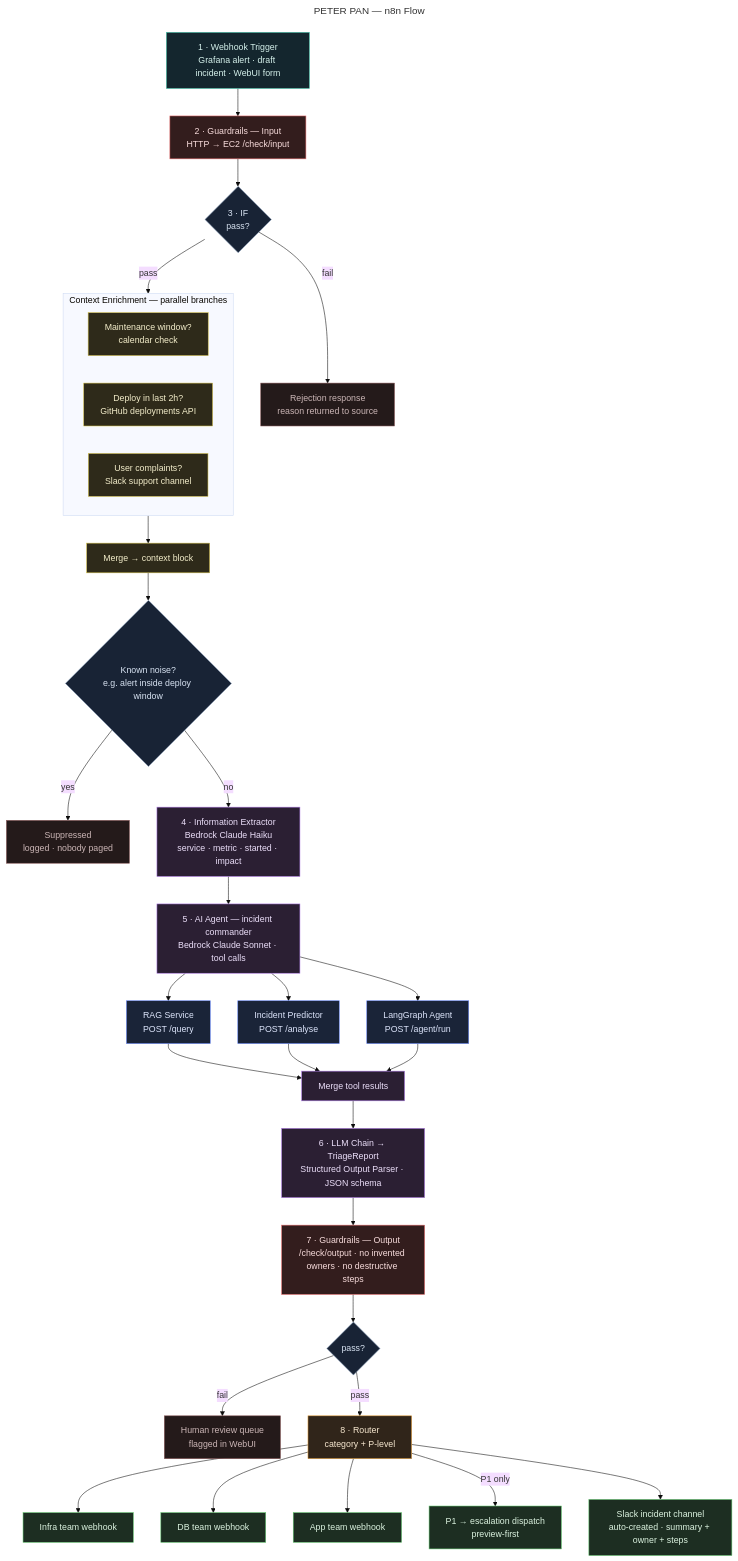
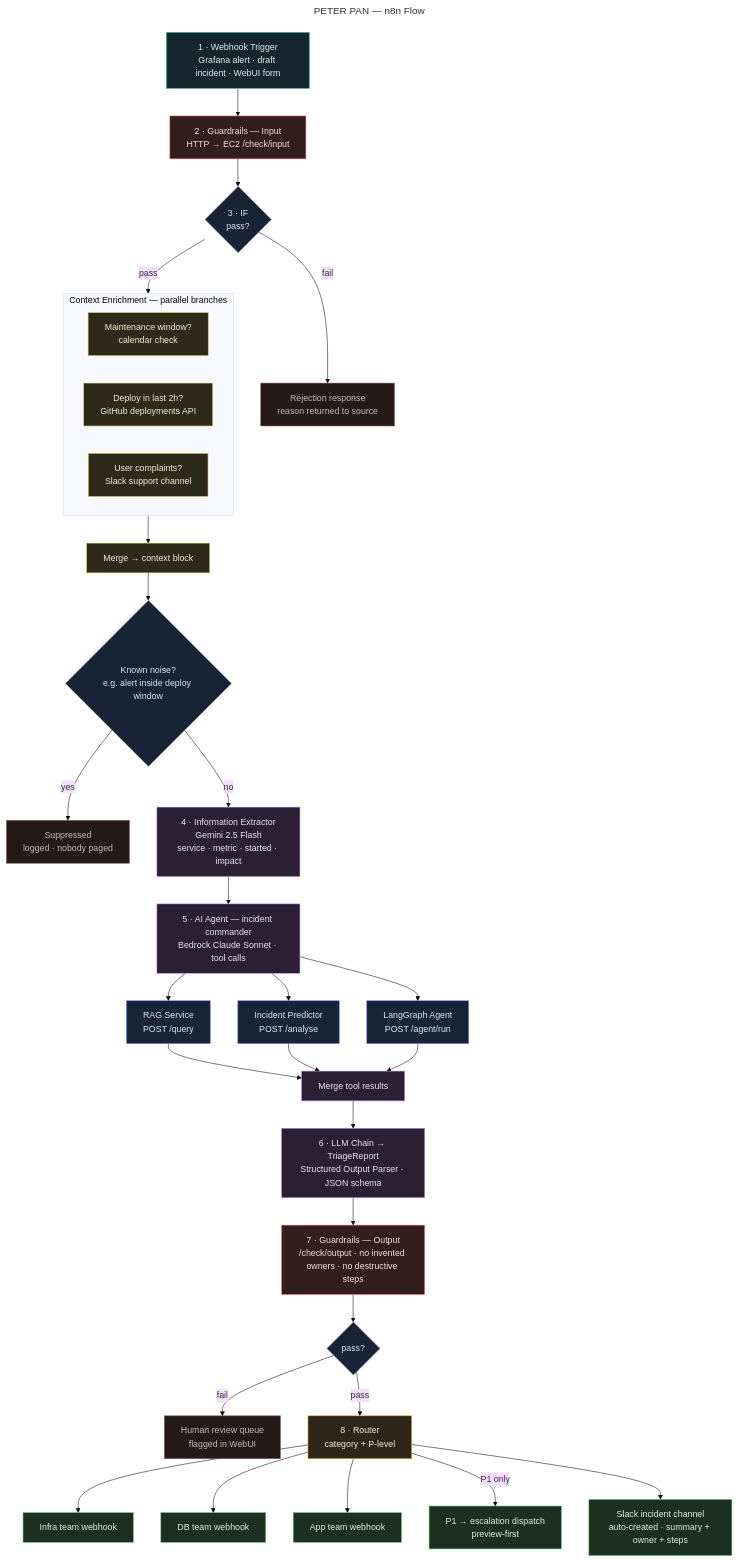
One commit to reem-mor/peter-pan.io changed the diagram in docs/peter-pan-n8n-flow.mmd. Above: the diagram before and after it, drawn with Mermaid (base theme). The commit also changed 120 other files, not shown here.

```diff
--- a/docs/peter-pan-n8n-flow.mmd
+++ b/docs/peter-pan-n8n-flow.mmd
@@ -1,66 +1,66 @@
 ---
 title: PETER PAN — n8n Flow
 ---
 flowchart TB
     WH["1 · Webhook Trigger<br/>Grafana alert · draft incident · WebUI form"]:::input
     GIN["2 · Guardrails — Input<br/>HTTP → EC2 /check/input"]:::guard
     IF1{"3 · IF<br/>pass?"}:::branch
     REJ["Rejection response<br/>reason returned to source"]:::rej
 
     subgraph CTX["Context Enrichment — parallel branches"]
         MW["Maintenance window?<br/>calendar check"]:::ctx
         DEP["Deploy in last 2h?<br/>GitHub deployments API"]:::ctx
         CMP["User complaints?<br/>Slack support channel"]:::ctx
     end
     MRG1["Merge → context block"]:::ctx
     IFS{"Known noise?<br/>e.g. alert inside deploy window"}:::branch
     SUP["Suppressed<br/>logged · nobody paged"]:::rej
 
-    EXT["4 · Information Extractor<br/>Bedrock Claude Haiku<br/>service · metric · started · impact"]:::ai
+    EXT["4 · Information Extractor<br/>Gemini 2.5 Flash<br/>service · metric · started · impact"]:::ai
     AGT["5 · AI Agent — incident commander<br/>Bedrock Claude Sonnet · tool calls"]:::ai
     T1["RAG Service<br/>POST /query"]:::svc
     T2["Incident Predictor<br/>POST /analyse"]:::svc
     T3["LangGraph Agent<br/>POST /agent/run"]:::svc
     MRG2["Merge tool results"]:::ai
     CH["6 · LLM Chain → TriageReport<br/>Structured Output Parser · JSON schema"]:::ai
     GOUT["7 · Guardrails — Output<br/>/check/output · no invented owners · no destructive steps"]:::guard
     IF2{"pass?"}:::branch
     REV["Human review queue<br/>flagged in WebUI"]:::rej
 
     RT["8 · Router<br/>category + P-level"]:::route
     INF["Infra team webhook"]:::team
     DBT["DB team webhook"]:::team
     APP["App team webhook"]:::team
     ESC["P1 → escalation dispatch<br/>preview-first"]:::team
     SLKN["Slack incident channel<br/>auto-created · summary + owner + steps"]:::team
 
     WH --> GIN --> IF1
     IF1 -->|fail| REJ
     IF1 -->|pass| CTX
     CTX --> MRG1 --> IFS
     IFS -->|yes| SUP
     IFS -->|no| EXT --> AGT
     AGT --> T1
     AGT --> T2
     AGT --> T3
     T1 --> MRG2
     T2 --> MRG2
     T3 --> MRG2
     MRG2 --> CH --> GOUT --> IF2
     IF2 -->|fail| REV
     IF2 -->|pass| RT
     RT --> INF
     RT --> DBT
     RT --> APP
     RT -->|P1 only| ESC
     RT --> SLKN
 
     classDef input fill:#14262e,stroke:#3ec1a7,color:#d6f2ec
     classDef guard fill:#331d1d,stroke:#e86c6c,color:#f8dcdc
     classDef branch fill:#182335,stroke:#8aa0bd,color:#d8e3f2
     classDef rej fill:#241a1a,stroke:#8a5a5a,color:#cbb6b6
     classDef ctx fill:#2e2a1a,stroke:#d3c04a,color:#f4eecb
     classDef ai fill:#2b1f33,stroke:#b07ce8,color:#ecdffa
     classDef svc fill:#1a2438,stroke:#6c8cff,color:#dde5fb
     classDef route fill:#30251a,stroke:#e8a13c,color:#f7e8d0
     classDef team fill:#1d2e22,stroke:#63c76f,color:#dcf3e0
```
